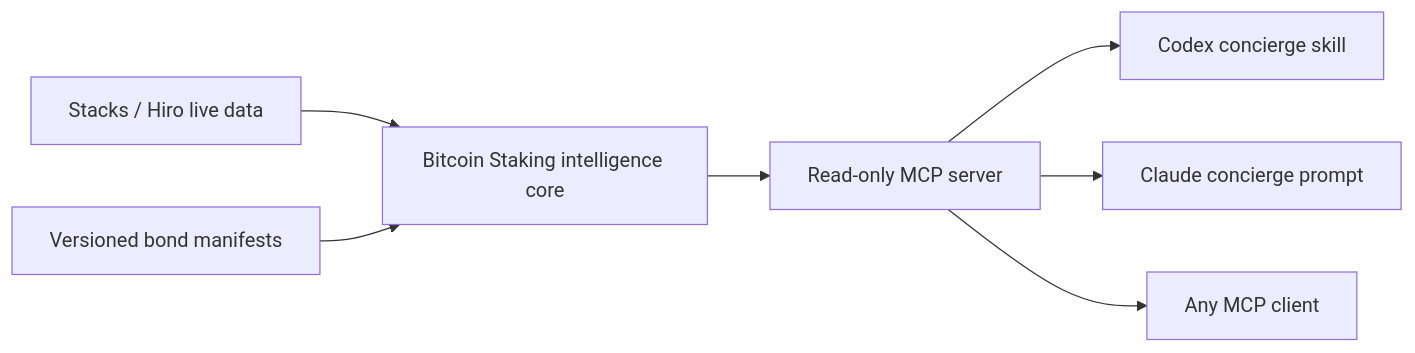
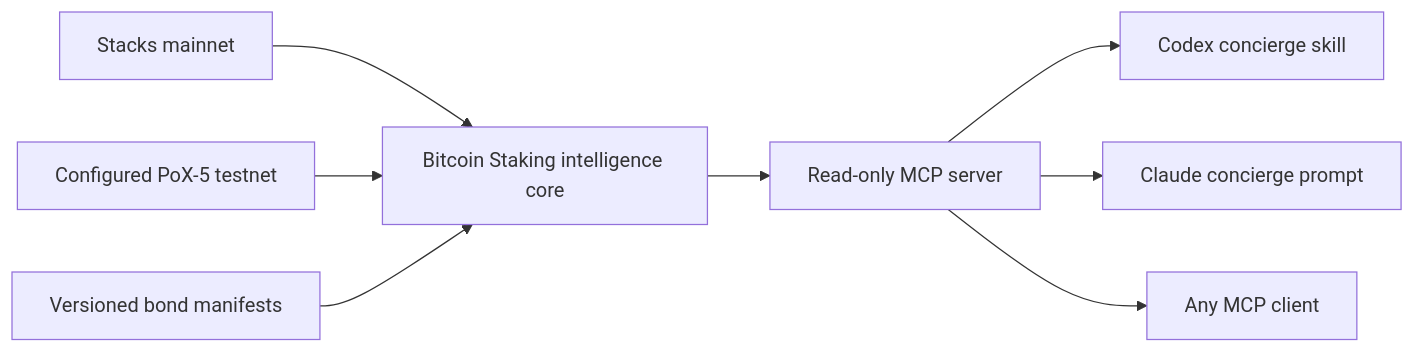
The diagram in README.md (andre-stacks/bitcoin-staking-mcp), drawn with Mermaid before and after one commit. The commit also changed other lines of this file and 12 other files, not shown here.

Commit message:
Add live PoX-5 testnet bond discovery

````diff
--- a/README.md
+++ b/README.md
@@ -20,9 +20,10 @@
 ```mermaid
 flowchart LR
-  A["Stacks / Hiro live data"] --> C["Bitcoin Staking intelligence core"]
+  A["Stacks mainnet"] --> C["Bitcoin Staking intelligence core"]
+  T["Configured PoX-5 testnet"] --> C
   B["Versioned bond manifests"] --> C
   C --> M["Read-only MCP server"]
   M --> X["Codex concierge skill"]
   M --> Y["Claude concierge prompt"]
   M --> Z["Any MCP client"]
 ```
````
